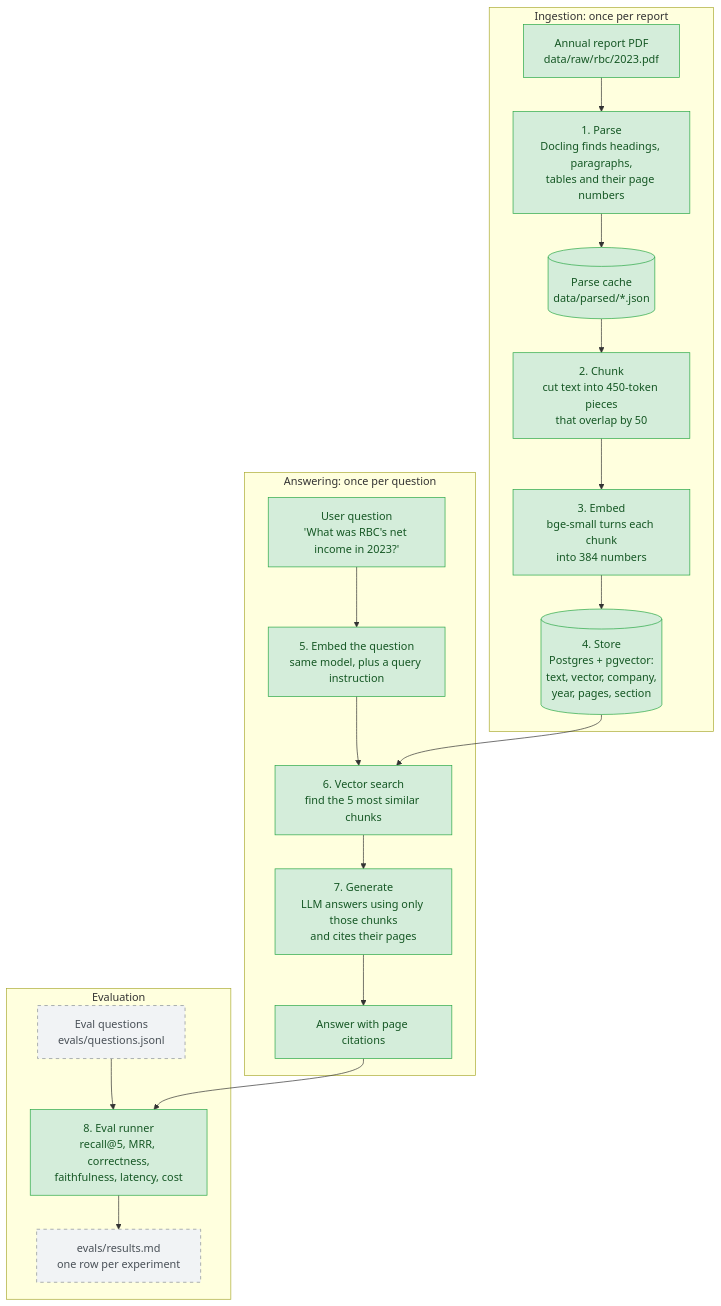
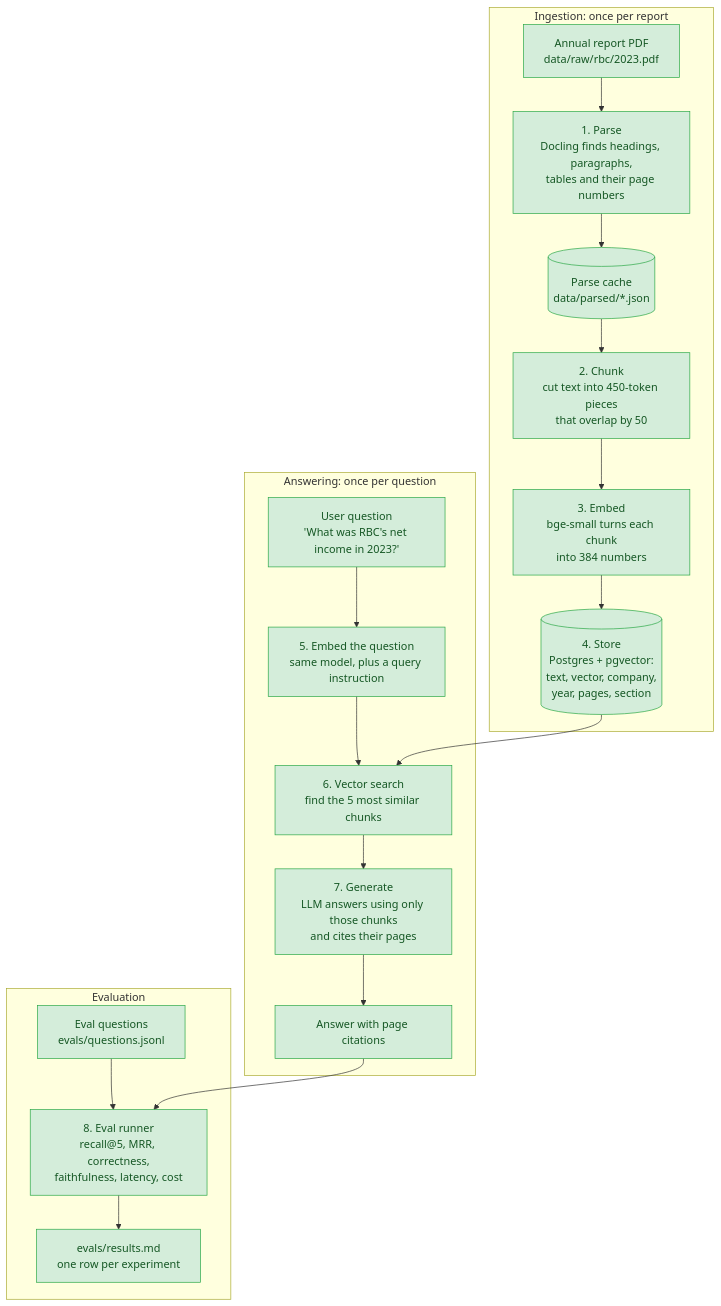
One commit to madeleine68/Reportlens changed the second of 6 diagrams in README.md. Above: the diagram before and after it, drawn with Mermaid. The commit also changed other lines of this file and 4 other files, not shown here.

````diff
--- a/README.md
+++ b/README.md
@@ -70,29 +86,28 @@
 ```mermaid
 flowchart TD
     subgraph ingest["Ingestion: once per report"]
         pdf["Annual report PDF<br/>data/raw/rbc/2023.pdf"] --> parse["1. Parse<br/>Docling finds headings, paragraphs,<br/>tables and their page numbers"]
         parse --> cache[("Parse cache<br/>data/parsed/*.json")]
         cache --> chunk["2. Chunk<br/>cut text into 450-token pieces<br/>that overlap by 50"]
         chunk --> embed["3. Embed<br/>bge-small turns each chunk<br/>into 384 numbers"]
         embed --> store[("4. Store<br/>Postgres + pgvector:<br/>text, vector, company,<br/>year, pages, section")]
     end
 
     subgraph answer["Answering: once per question"]
         q["User question<br/>'What was RBC's net income in 2023?'"] --> qembed["5. Embed the question<br/>same model, plus a query instruction"]
         qembed --> search["6. Vector search<br/>find the 5 most similar chunks"]
         store --> search
         search --> gen["7. Generate<br/>LLM answers using only those chunks<br/>and cites their pages"]
         gen --> out["Answer with page citations"]
     end
 
     subgraph evals["Evaluation"]
         qs["Eval questions<br/>evals/questions.jsonl"] --> run["8. Eval runner<br/>recall@5, MRR, correctness,<br/>faithfulness, latency, cost"]
         out --> run
         run --> results["evals/results.md<br/>one row per experiment"]
     end
 
     classDef done fill:#d4edda,stroke:#28a745,color:#155724
     classDef planned fill:#f1f3f5,stroke:#868e96,color:#495057,stroke-dasharray: 5 5
-    class pdf,parse,cache,chunk,embed,store,q,qembed,search,gen,out,run done
-    class qs,results planned
+    class pdf,parse,cache,chunk,embed,store,q,qembed,search,gen,out,qs,run,results done
 ```
````
